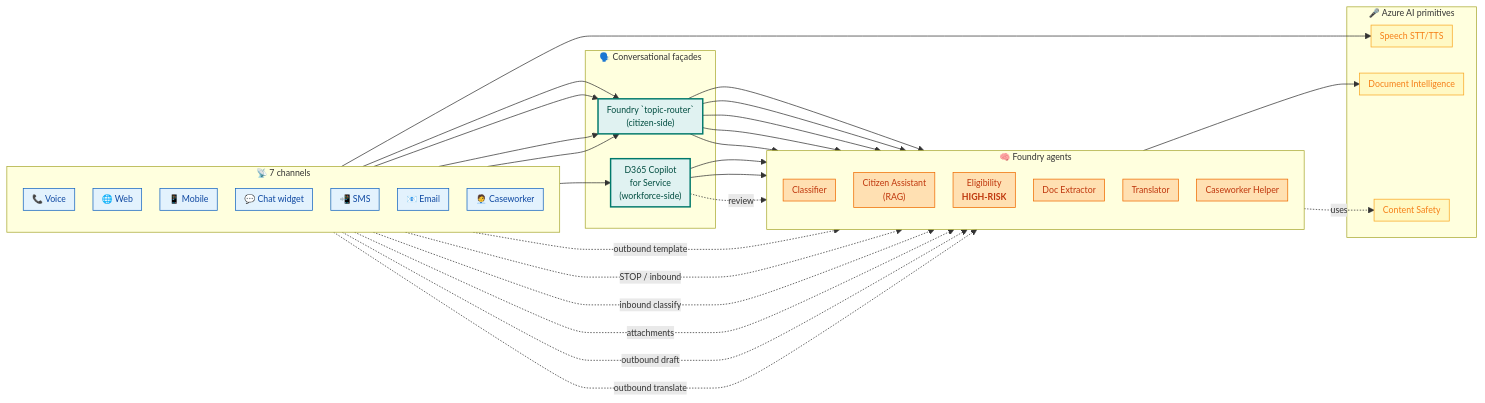
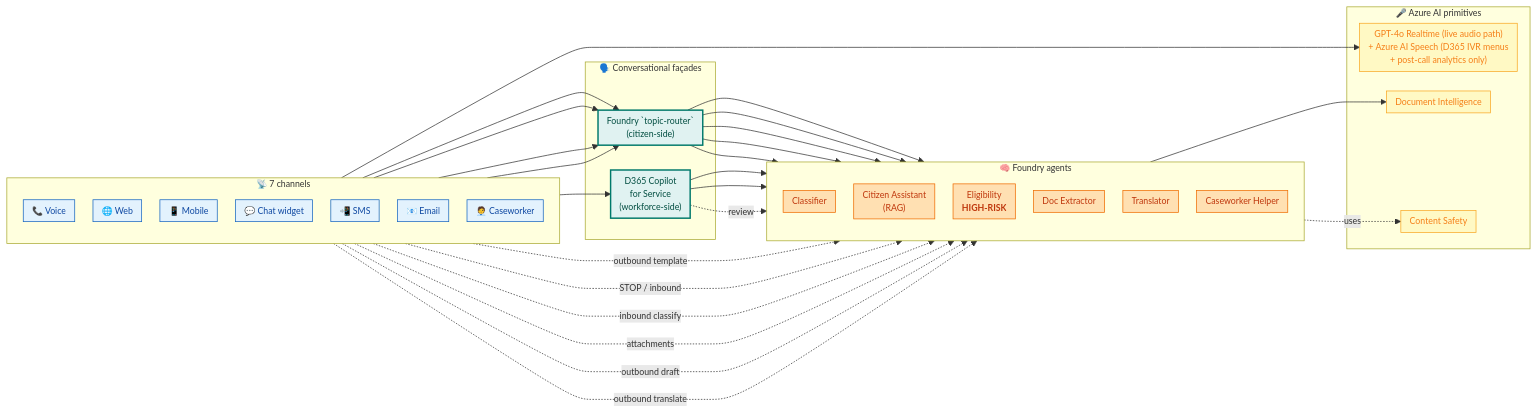
One commit to fredgis/UDCSP changed the fourth of 6 diagrams in docs/biz/ai.md. Above: the diagram before and after it, drawn with Mermaid. The commit also changed other lines of this file and 3 other files, not shown here.

First line of the commit message:
docs: align mermaid diagrams with current live state

````diff
--- a/docs/biz/ai.md
+++ b/docs/biz/ai.md
@@ -423,71 +423,71 @@
 ```mermaid
 %%{ init: { 'flowchart': { 'nodeSpacing': 25, 'rankSpacing': 35, 'padding': 6 }, 'themeVariables': { 'fontSize': '12px' } } }%%
 flowchart LR
     subgraph CHANNELS["📡 7 channels"]
         direction TB
         VOX["📞 Voice"]
         WEB["🌐 Web"]
         MOB["📱 Mobile"]
         CHT["💬 Chat widget"]
         SMS["📲 SMS"]
         EMA["📧 Email"]
         CWK["🧑‍💼 Caseworker"]
     end
 
     subgraph FACADE["🗣️ Conversational façades"]
         CS["Foundry `topic-router`<br/>(citizen-side)"]
         D365CS["D365 Copilot<br/>for Service<br/>(workforce-side)"]
     end
 
     subgraph BRAIN["🧠 Foundry agents"]
         direction TB
         CLS["Classifier"]
         AST["Citizen Assistant<br/>(RAG)"]
         ELI["Eligibility<br/><b>HIGH-RISK</b>"]
         DOC["Doc Extractor"]
         TRA["Translator"]
         CWH["Caseworker Helper"]
     end
 
     subgraph AIPRIM["🎤 Azure AI primitives"]
-        SPK["Speech STT/TTS"]
+        SPK["GPT-4o Realtime (live audio path)<br/>+ Azure AI Speech (D365 IVR menus<br/>+ post-call analytics only)"]
         DI["Document Intelligence"]
         SAFE["Content Safety"]
     end
 
     VOX --> SPK
     VOX --> CS
     WEB --> CS
     MOB --> CS
     CHT --> CS
     CS --> CLS
     CS --> AST
     CS --> ELI
     CS --> DOC
     CS --> TRA
 
     SMS -. "outbound template" .-> TRA
     SMS -. "STOP / inbound" .-> CLS
     EMA -. "inbound classify" .-> CLS
     EMA -. "attachments" .-> DOC
     EMA -. "outbound draft" .-> CWH
     EMA -. "outbound translate" .-> TRA
 
     CWK --> D365CS
     D365CS --> CWH
     D365CS --> TRA
     D365CS -. "review" .-> ELI
 
     BRAIN -. "uses" .-> SAFE
     DOC --> DI
 
     classDef chan fill:#E3F2FD,stroke:#1565C0,color:#0D47A1
     classDef facade fill:#E0F2F1,stroke:#00796B,color:#004D40,stroke-width:2px
     classDef brain fill:#FFE0B2,stroke:#EF6C00,color:#BF360C
     classDef prim fill:#FFF9C4,stroke:#F9A825,color:#F57F17
 
     class VOX,WEB,MOB,CHT,SMS,EMA,CWK chan
     class CS,D365CS facade
     class CLS,AST,ELI,DOC,TRA,CWH brain
     class SPK,DI,SAFE prim
 ```
````
